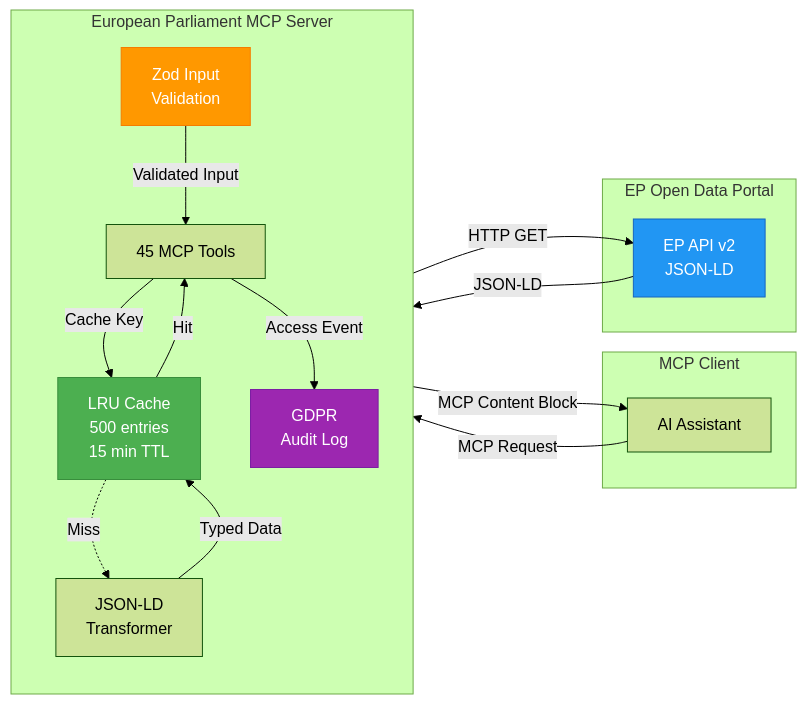
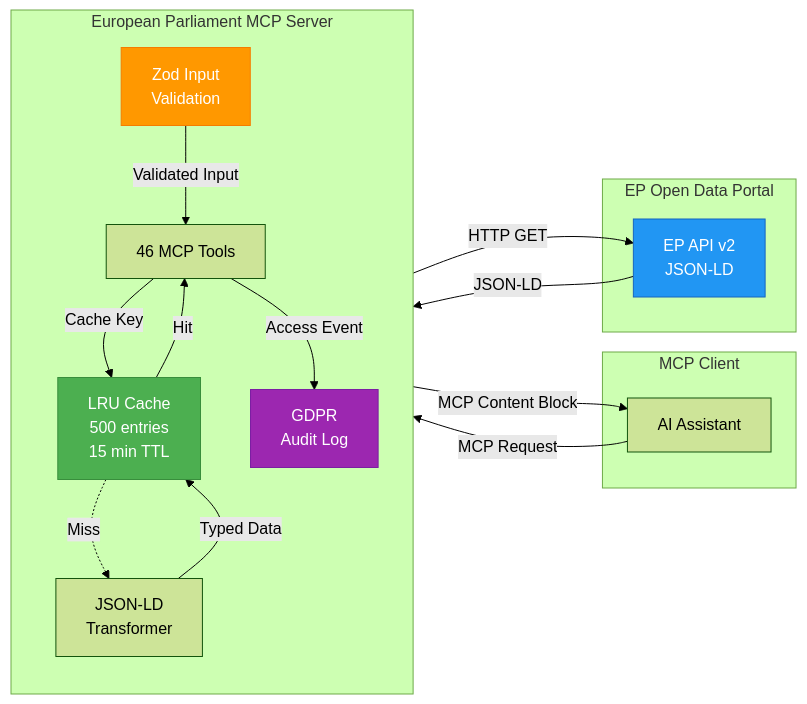
Before and after one commit to Hack23/European-Parliament-MCP-Server: diagram 11 of 13 in docs/api/media/DATA_MODEL.md, drawn with Mermaid (forest theme). The commit also changed other lines of this file and 36 other files, not shown here.

````diff
--- a/docs/api/media/DATA_MODEL.md
+++ b/docs/api/media/DATA_MODEL.md
@@ -848,37 +848,37 @@
 ```mermaid
 flowchart LR
     subgraph "MCP Client"
         AI[AI Assistant]
     end
 
     subgraph "European Parliament MCP Server"
         direction TB
         ZOD[Zod Input<br/>Validation]
-        TOOLS[45 MCP Tools]
+        TOOLS[46 MCP Tools]
         CACHE[LRU Cache<br/>500 entries<br/>15 min TTL]
         TRANSFORM[JSON-LD<br/>Transformer]
         AUDIT[GDPR<br/>Audit Log]
     end
 
     subgraph "EP Open Data Portal"
         API[EP API v2<br/>JSON-LD]
     end
 
     AI -->|MCP Request| ZOD
     ZOD -->|Validated Input| TOOLS
     TOOLS -->|Cache Key| CACHE
 
     CACHE -->|Hit| TOOLS
     CACHE -.->|Miss| TRANSFORM
     TRANSFORM -->|HTTP GET| API
     API -->|JSON-LD| TRANSFORM
     TRANSFORM -->|Typed Data| CACHE
 
     TOOLS -->|MCP Content Block| AI
     TOOLS -->|Access Event| AUDIT
 
     style ZOD fill:#FF9800,stroke:#F57C00,color:#fff
     style CACHE fill:#4CAF50,stroke:#388E3C,color:#fff
     style API fill:#2196F3,stroke:#1565C0,color:#fff
     style AUDIT fill:#9C27B0,stroke:#7B1FA2,color:#fff
 ```
````
